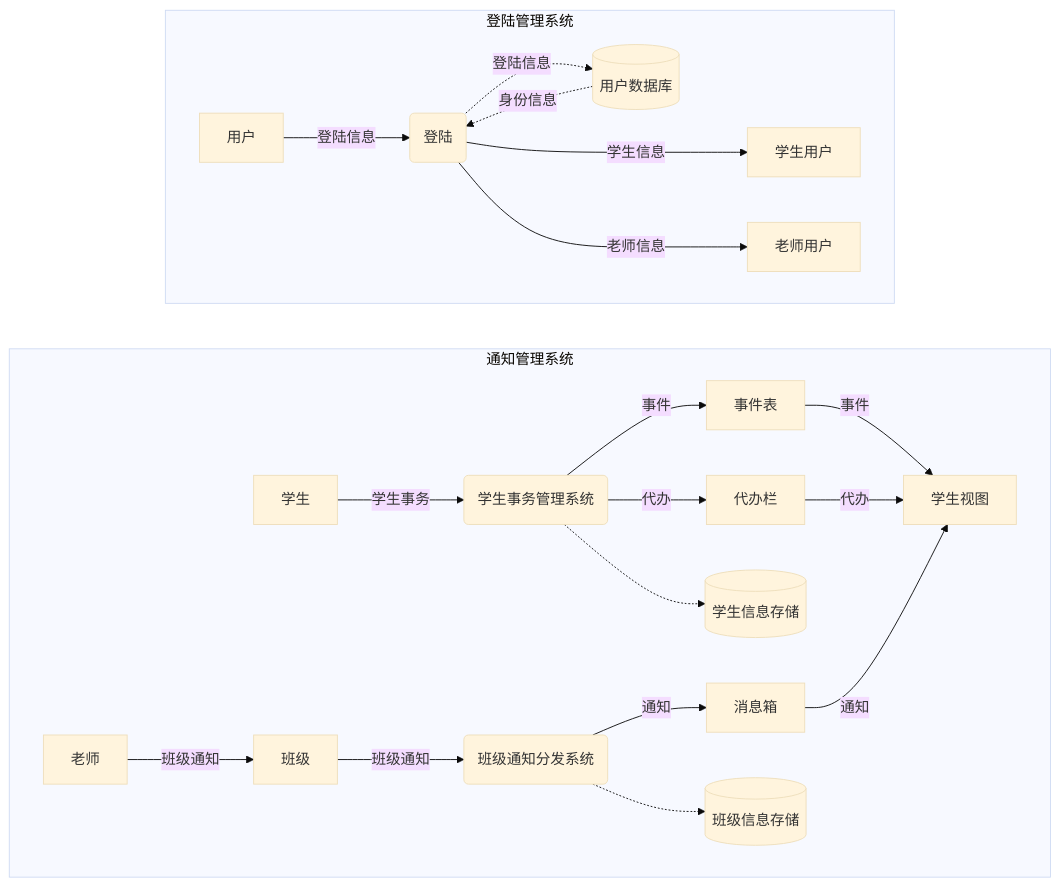
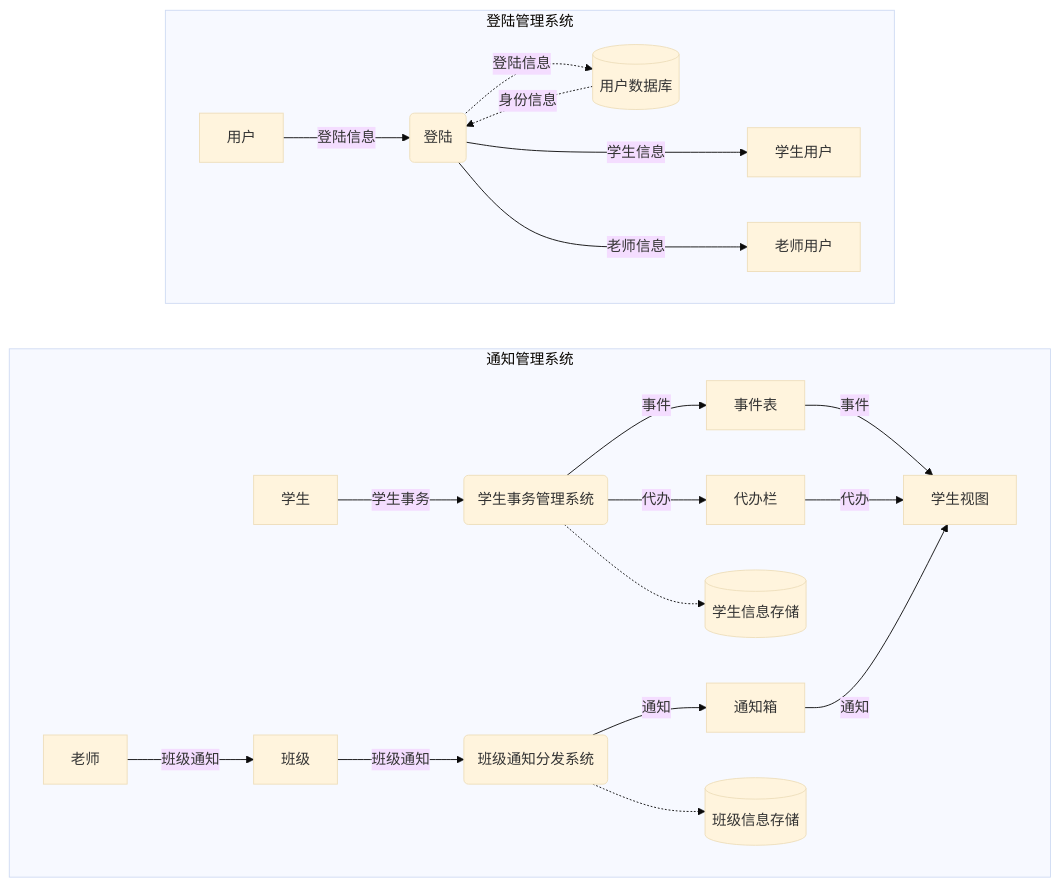
One commit to Group-Lynx/grid changed the diagram in doc/need-anal/func-lv2.mmd. Above: the diagram before and after it, drawn with Mermaid (base theme). The commit also changed 1 other file, not shown here.

```diff
--- a/doc/need-anal/func-lv2.mmd
+++ b/doc/need-anal/func-lv2.mmd
@@ -1,48 +1,48 @@
 flowchart LR
     subgraph InfoSys["通知管理系统"]
         direction LR
 
         Student["学生"]
         Teacher["老师"]
         Class["班级"]
         StudentView["学生视图"]
         EventView["事件表"]
         TodoView["代办栏"]
-        MsgView["消息箱"]
+        MsgView["通知箱"]
         EventDistribute("班级通知分发系统")
         EventCenter("学生事务管理系统")
         StudentDB[("学生信息存储")]
         ClassDB[("班级信息存储")]
 
         Student -->|"学生事务"| EventCenter
         EventCenter -->|"事件"| EventView
         EventCenter -->|"代办"| TodoView
 
         Teacher -->|"班级通知"| Class -->|"班级通知"| EventDistribute -->|"通知"| MsgView
 
         EventView -->|"事件"| StudentView
         TodoView -->|"代办"| StudentView
         MsgView -->|"通知"| StudentView
 
         EventCenter -.-> StudentDB
         EventDistribute -.-> ClassDB
 
     end
 
     subgraph LoginSys["登陆管理系统"]
         direction LR
 
         User["用户"]
         Login("登陆")
         StuUser["学生用户"]
         TchUser["老师用户"]
 
         UserDB[("用户数据库")]
 
         User -->|"登陆信息"| Login
         Login --->|"学生信息"| StuUser
         Login --->|"老师信息"| TchUser
 
         Login -.->|"登陆信息"| UserDB
         UserDB -.->|"身份信息"| Login
     end
```
